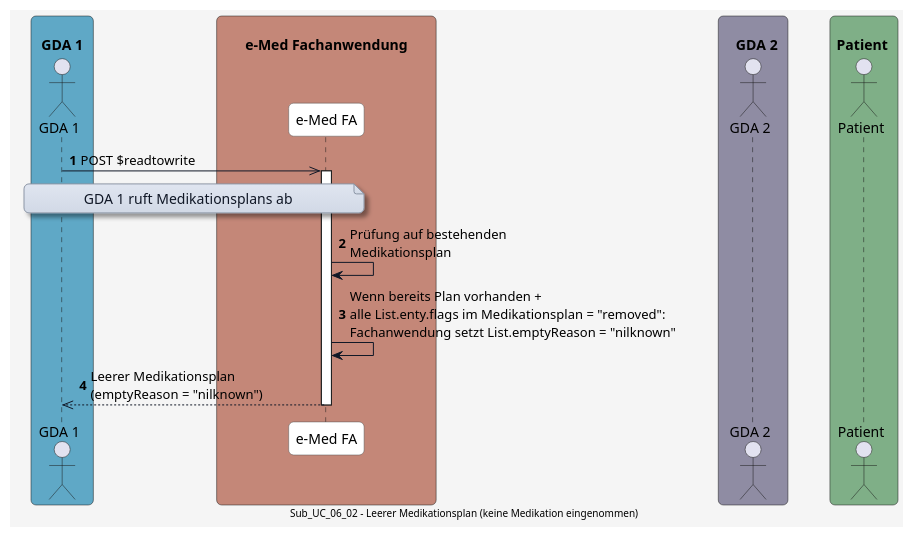
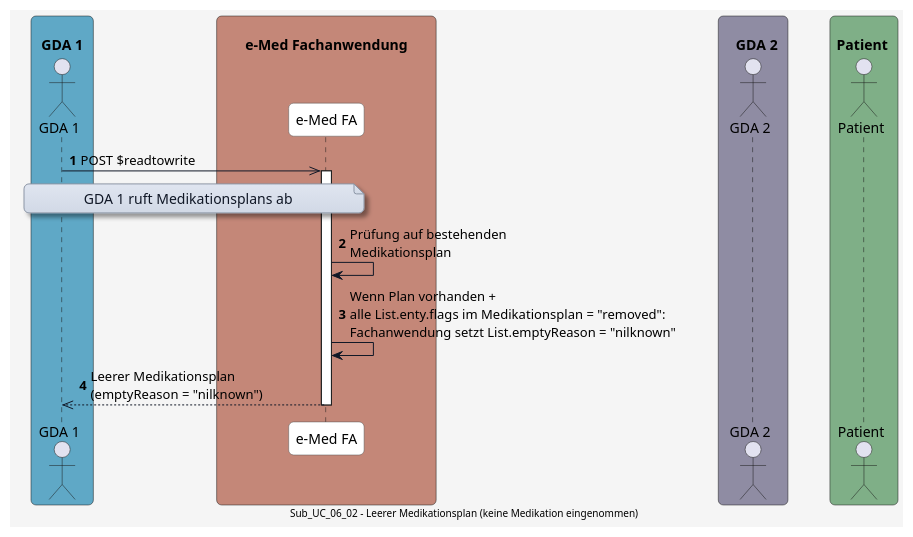
The diagram in input/images-source/UC_06_02.plantuml (HL7Austria/ELGA-e-Medikation-R4), drawn with PlantUML before and after one commit. The commit also changed 26 other files, not shown here.

```diff
--- a/input/images-source/UC_06_02.plantuml
+++ b/input/images-source/UC_06_02.plantuml
@@ -1,78 +1,78 @@
 @startuml
 skinparam borderColor #000000
 skinparam backgroundColor #f5f5f5
 skinparam shadowing false
 skinparam roundCorner 10
 skinparam defaultFontName "Arial"
 skinparam defaultFontSize 14
 skinparam defaultFontColor #000000
 
 skinparam note {
   BackgroundColor #e0e5f0-#d1d9e6
   BorderColor #8b95a5
   BorderThickness 1
   RoundCorner 8
   Padding 6
   FontColor #111827
   Shadowing true
 }
 
 skinparam HyperlinkColor #0000EE
 skinparam HyperlinkUnderline false
 
 skinparam sequence {
   ParticipantBorderColor #555555
   ParticipantBackgroundColor #ffffff
   ParticipantFontColor #000000
   ParticipantFontSize 14
   ParticipantPadding 20
   ArrowColor #111827
   ArrowThickness 1
   ArrowFontColor #000000
   ArrowFontSize 13
   GroupBorderColor #111827
   GroupBackgroundColor #eef2ff
   GroupBorderThickness 2
 }
 
 skinparam BoxPadding 20
 skinparam BoxBorderColor #555555
 
 box "\n  GDA 1  " #5FA8C6
   actor GDA_1 as "GDA 1"
 end box
 
 box "\n       e-Med Fachanwendung       " #C48778
   participant eMed_FA as "e-Med FA"
 end box
 
 box "\n    GDA 2  " #8F8CA3
   actor GDA_2 as "GDA 2"
 end box
 
 box "\n Patient  " #7FAF87
   actor Patient as "Patient"
 end box
 
 
 autonumber
 
 GDA_1 ->> eMed_FA: POST $readtowrite
 
 note over GDA_1, eMed_FA
 GDA 1 ruft Medikationsplans ab
 end note
 
 activate eMed_FA
 eMed_FA -> eMed_FA: Prüfung auf bestehenden\nMedikationsplan
 
-eMed_FA -> eMed_FA: Wenn bereits Plan vorhanden +\nalle List.enty.flags im Medikationsplan = "removed":\nFachanwendung setzt List.emptyReason = "nilknown"
+eMed_FA -> eMed_FA: Wenn Plan vorhanden +\nalle List.enty.flags im Medikationsplan = "removed":\nFachanwendung setzt List.emptyReason = "nilknown"
 
 eMed_FA -->> GDA_1: Leerer Medikationsplan\n(emptyReason = "nilknown")
 
 deactivate eMed_FA
 
 
 center footer Sub_UC_06_02 - Leerer Medikationsplan (keine Medikation eingenommen)
 
 @enduml
```
